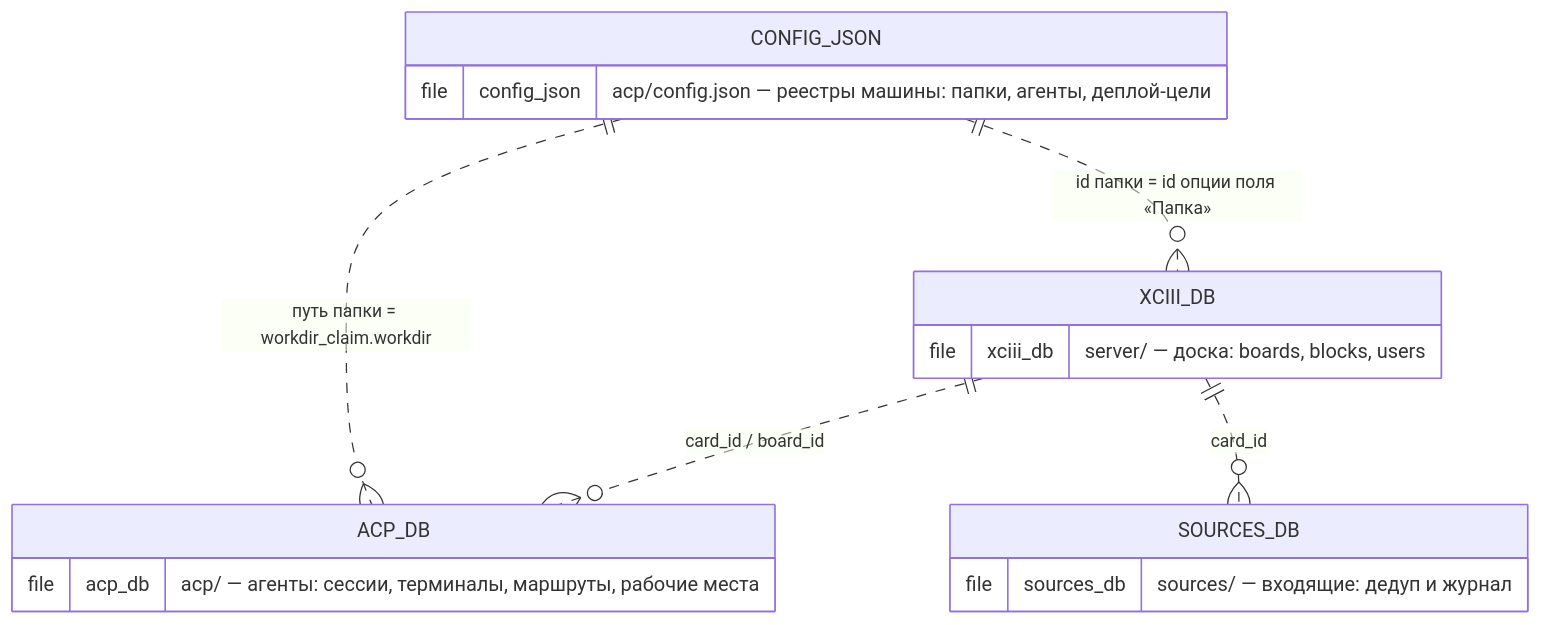
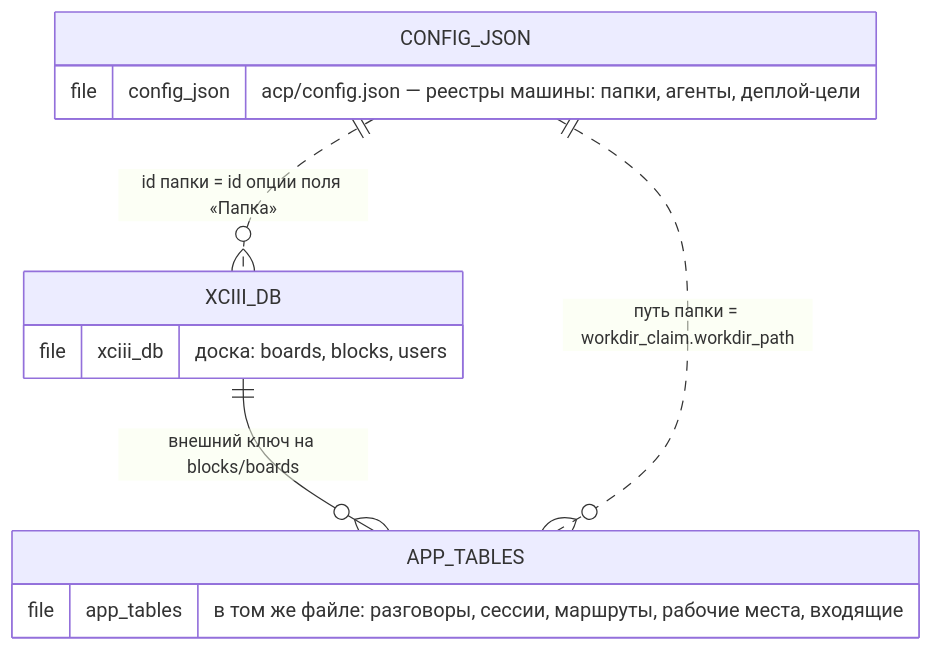
Before and after one commit to artipop/xciii: the first of 4 diagrams in docs/db-erd.md, drawn with Mermaid. The commit also changed other lines of this file and 46 other files, not shown here.

````diff
--- a/docs/db-erd.md
+++ b/docs/db-erd.md
@@ -15,19 +24,15 @@
 ```mermaid
 erDiagram
-    XCIII_DB ||..o{ ACP_DB : "card_id / board_id"
-    XCIII_DB ||..o{ SOURCES_DB : "card_id"
+    XCIII_DB ||--o{ APP_TABLES : "внешний ключ на blocks/boards"
     CONFIG_JSON ||..o{ XCIII_DB : "id папки = id опции поля «Папка»"
-    CONFIG_JSON ||..o{ ACP_DB : "путь папки = workdir_claim.workdir"
+    CONFIG_JSON ||..o{ APP_TABLES : "путь папки = workdir_claim.workdir_path"
     XCIII_DB {
-        file xciii_db "server/ — доска: boards, blocks, users"
+        file xciii_db "доска: boards, blocks, users"
     }
-    ACP_DB {
-        file acp_db "acp/ — агенты: сессии, терминалы, маршруты, рабочие места"
-    }
-    SOURCES_DB {
-        file sources_db "sources/ — входящие: дедуп и журнал"
+    APP_TABLES {
+        file app_tables "в том же файле: разговоры, сессии, маршруты, рабочие места, входящие"
     }
     CONFIG_JSON {
         file config_json "acp/config.json — реестры машины: папки, агенты, деплой-цели"
     }
 ```
````
